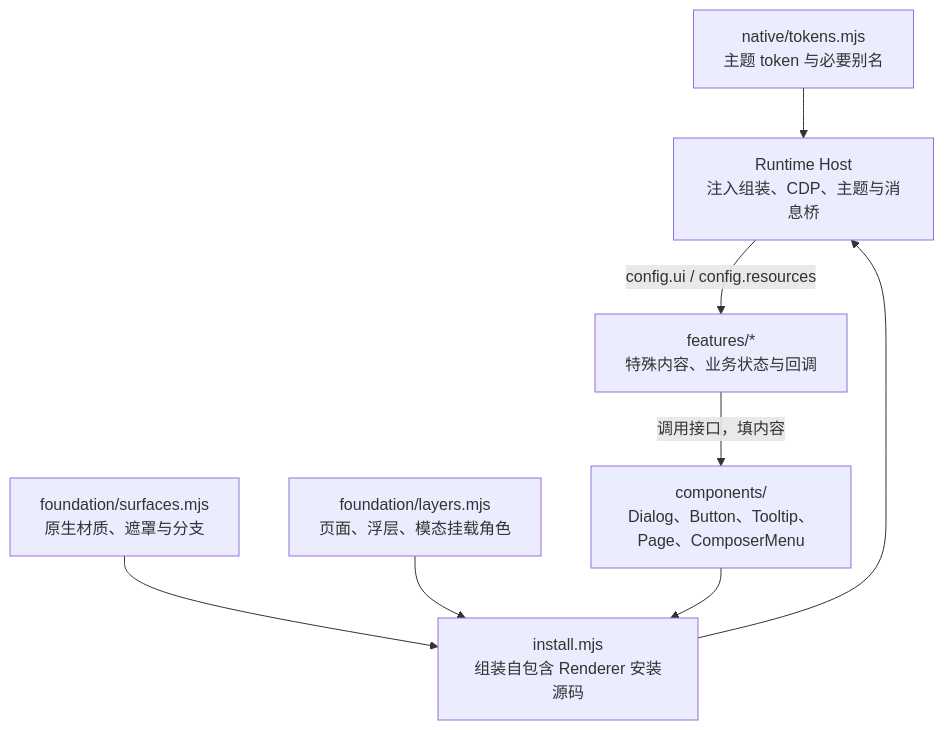
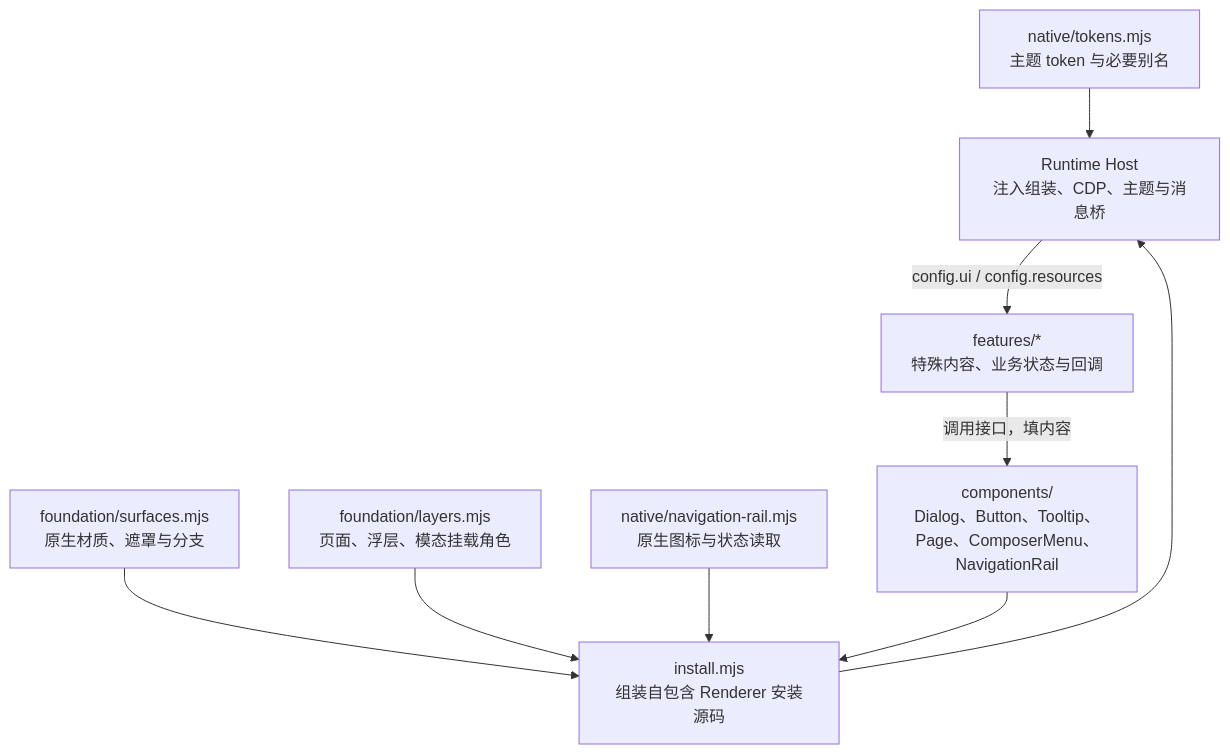
One commit to Vontean/MineCodex changed the diagram in packages/ui/ARCHITECTURE.md. Above: the diagram before and after it, drawn with Mermaid. The commit also changed other lines of this file and 19 other files, not shown here.

````diff
--- a/packages/ui/ARCHITECTURE.md
+++ b/packages/ui/ARCHITECTURE.md
@@ -7,17 +7,19 @@
 ```mermaid
 flowchart TB
   Tokens["native/tokens.mjs<br/>主题 token 与必要别名"]
+  NativeRail["native/navigation-rail.mjs<br/>原生图标与状态读取"]
   Surfaces["foundation/surfaces.mjs<br/>原生材质、遮罩与分支"]
   Layers["foundation/layers.mjs<br/>页面、浮层、模态挂载角色"]
-  Components["components/<br/>Dialog、Button、Tooltip、Page、ComposerMenu"]
+  Components["components/<br/>Dialog、Button、Tooltip、Page、ComposerMenu、NavigationRail"]
   Install["install.mjs<br/>组装自包含 Renderer 安装源码"]
   Host["Runtime Host<br/>注入组装、CDP、主题与消息桥"]
   Plugin["features/*<br/>特殊内容、业务状态与回调"]
   Surfaces --> Install
   Layers --> Install
+  NativeRail --> Install
   Components --> Install
   Tokens --> Host
   Install --> Host
   Host -->|"config.ui / config.resources"| Plugin
   Plugin -->|"调用接口，填内容"| Components
 ```
````
